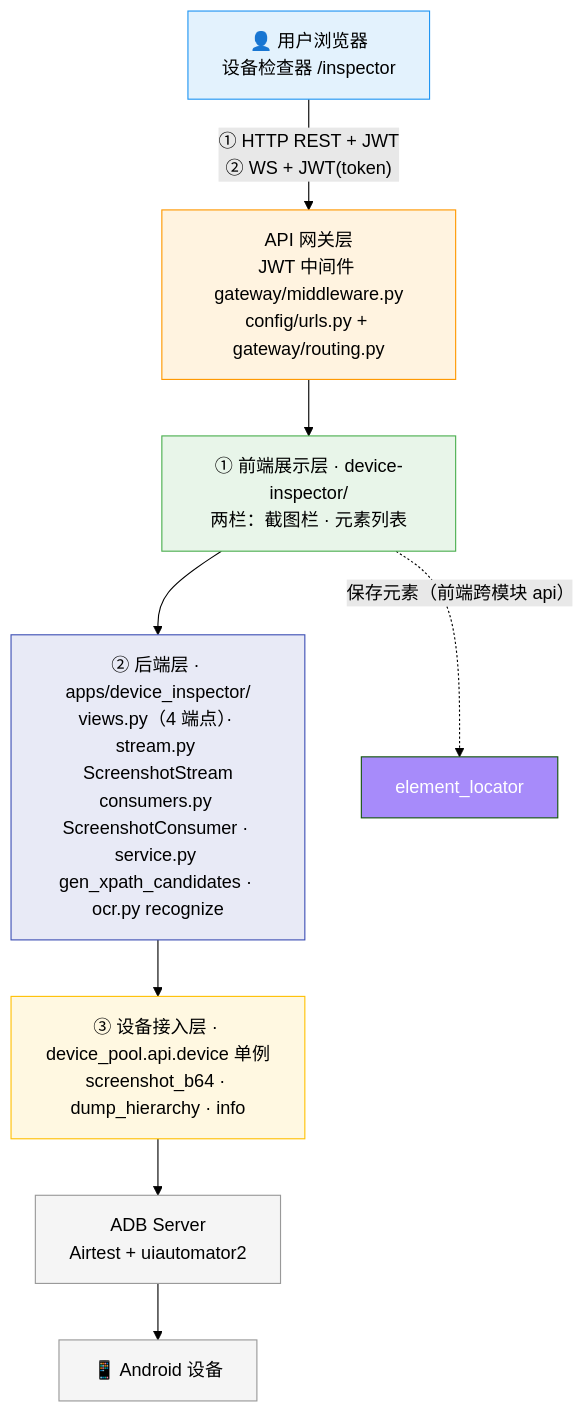
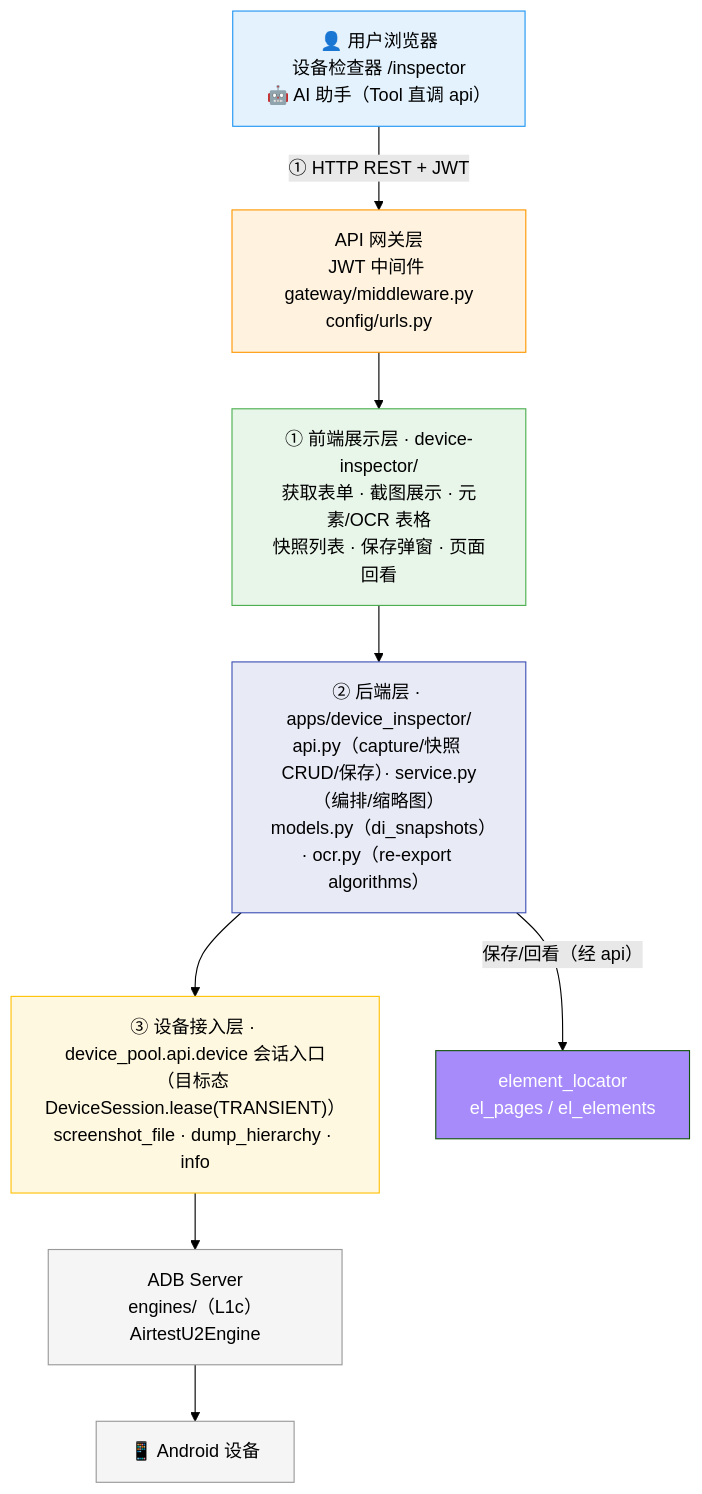
One commit to Kahoku-lazy/Android-AutoTests changed the first of 5 diagrams in dev_docs/03-设计与架构/ARCH-03-设备检查器.md. Above: the diagram before and after it, drawn with Mermaid (forest theme). The commit also changed other lines of this file and 53 other files, not shown here.

````diff
--- a/dev_docs/03-设计与架构/ARCH-03-设备检查器.md
+++ b/dev_docs/03-设计与架构/ARCH-03-设备检查器.md
@@ -38,26 +39,26 @@
 ```mermaid
 flowchart TD
-    U["👤 用户浏览器<br/>设备检查器 /inspector"]
+    U["👤 用户浏览器<br/>设备检查器 /inspector<br/>🤖 AI 助手（Tool 直调 api）"]
 
-    U -->|"① HTTP REST + JWT<br/>② WS + JWT(token)"| GATEWAY["API 网关层<br/>JWT 中间件 gateway/middleware.py<br/>config/urls.py + gateway/routing.py"]
+    U -->|"① HTTP REST + JWT"| GATEWAY["API 网关层<br/>JWT 中间件 gateway/middleware.py<br/>config/urls.py"]
 
-    GATEWAY --> V["① 前端展示层 · device-inspector/<br/>两栏：截图栏 · 元素列表"]
+    GATEWAY --> V["① 前端展示层 · device-inspector/<br/>获取表单 · 截图展示 · 元素/OCR 表格<br/>快照列表 · 保存弹窗 · 页面回看"]
 
-    V --> L2["② 后端层 · apps/device_inspector/<br/>views.py（4 端点）· stream.py ScreenshotStream<br/>consumers.py ScreenshotConsumer · service.py gen_xpath_candidates · ocr.py recognize"]
+    V --> B["② 后端层 · apps/device_inspector/<br/>api.py（capture/快照 CRUD/保存）· service.py（编排/缩略图）<br/>models.py（di_snapshots）· ocr.py（re-export algorithms）"]
 
-    L2 --> L3["③ 设备接入层 · device_pool.api.device 单例<br/>screenshot_b64 · dump_hierarchy · info"]
+    B --> D["③ 设备接入层 · device_pool.api.device 会话入口<br/>（目标态 DeviceSession.lease(TRANSIENT)）<br/>screenshot_file · dump_hierarchy · info"]
 
-    L3 --> ADB["ADB Server<br/>Airtest + uiautomator2"]
+    D --> ADB["ADB Server<br/>engines/（L1c）AirtestU2Engine"]
     ADB --> DEV["📱 Android 设备"]
 
-    V -.->|"保存元素（前端跨模块 api）"| EL["element_locator"]
+    B -->|"保存/回看（经 api）"| EL["element_locator<br/>el_pages / el_elements"]
 
     style U fill:#e3f2fd,stroke:#2196f3
     style GATEWAY fill:#fff3e0,stroke:#ff9800
     style V fill:#e8f5e9,stroke:#4caf50
-    style L2 fill:#e8eaf6,stroke:#3f51b5
-    style L3 fill:#fff8e1,stroke:#ffc107
+    style B fill:#e8eaf6,stroke:#3f51b5
+    style D fill:#fff8e1,stroke:#ffc107
     style ADB fill:#f5f5f5,stroke:#999
     style DEV fill:#f5f5f5,stroke:#999
     style EL fill:#a78bfa,color:#fff
 ```
````
